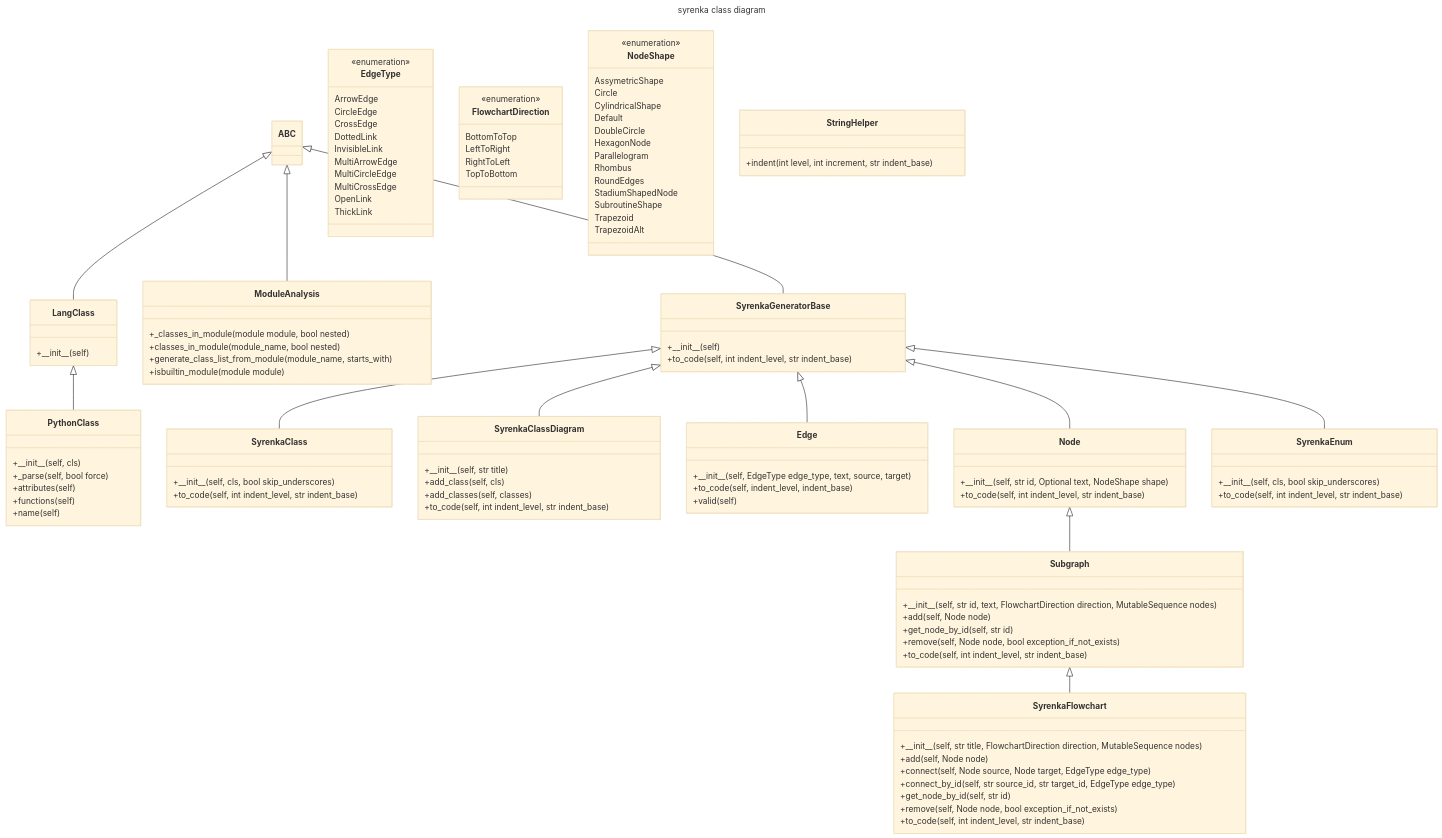
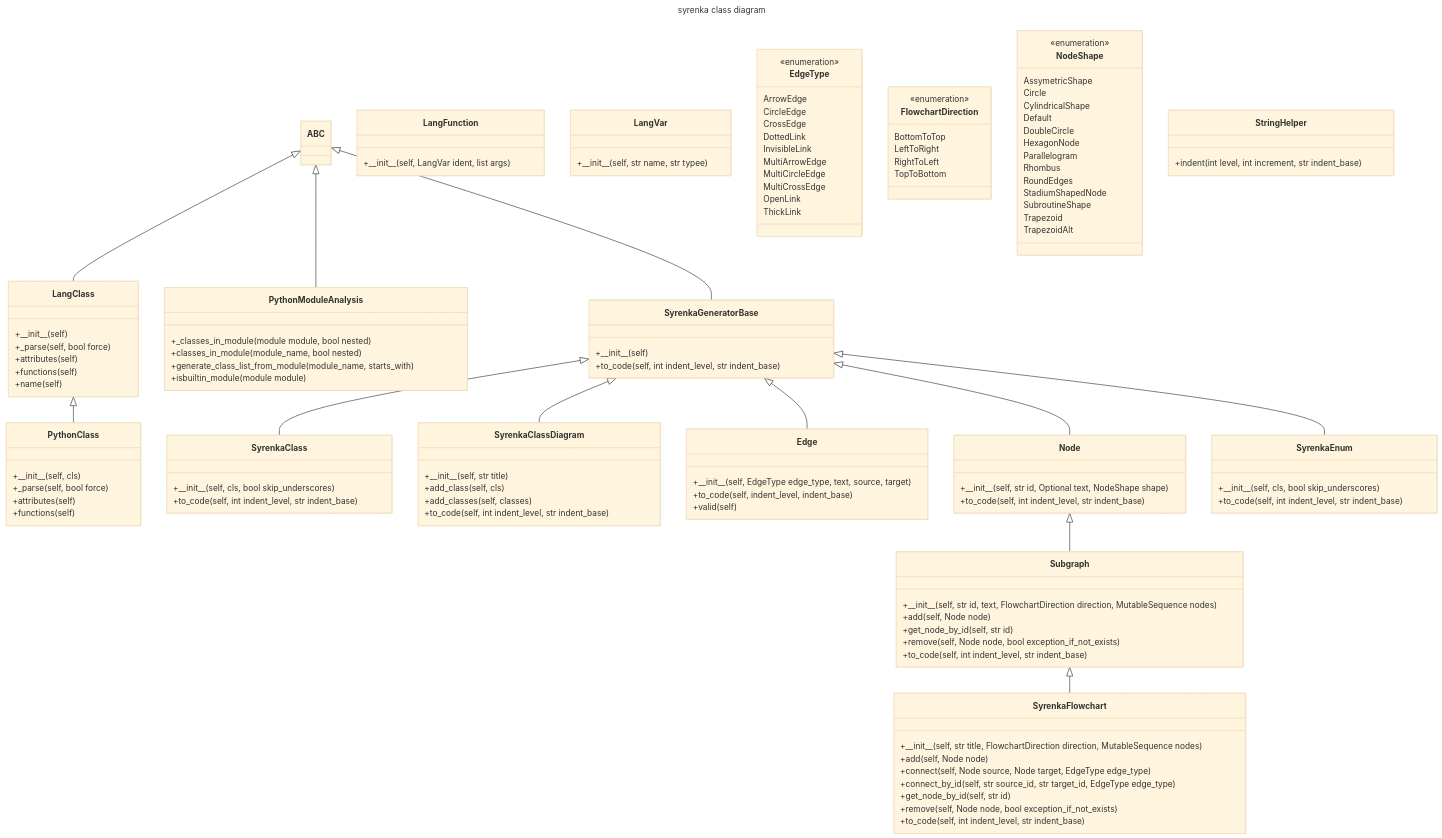
Before and after one commit to bartlomiejcieszkowski/syrenka: the diagram in README.md, drawn with Mermaid (base theme). The commit also changed other lines of this file, not shown here.

```diff
--- a/README.md
+++ b/README.md
@@ -43,23 +43,32 @@
     Subgraph <|-- SyrenkaFlowchart
     class LangClass{
         +\_\_init\_\_(self)
+        +_parse(self, bool force)
+        +attributes(self)
+        +functions(self)
+        +name(self)
     }
     ABC <|-- LangClass
-    class ModuleAnalysis{
+    class LangFunction{
+        +\_\_init\_\_(self, LangVar ident, list args)
+    }
+    class LangVar{
+        +\_\_init\_\_(self, str name, str typee)
+    }
+    class PythonClass{
+        +\_\_init\_\_(self, cls)
+        +_parse(self, bool force)
+        +attributes(self)
+        +functions(self)
+    }
+    LangClass <|-- PythonClass
+    class PythonModuleAnalysis{
         +_classes_in_module(module module, bool nested)
         +classes_in_module(module_name, bool nested)
         +generate_class_list_from_module(module_name, starts_with)
         +isbuiltin_module(module module)
     }
-    ABC <|-- ModuleAnalysis
-    class PythonClass{
-        +\_\_init\_\_(self, cls)
-        +_parse(self, bool force)
-        +attributes(self)
-        +functions(self)
-        +name(self)
-    }
-    LangClass <|-- PythonClass
+    ABC <|-- PythonModuleAnalysis
     class Edge{
         +\_\_init\_\_(self, EdgeType edge_type, text, source, target)
         +to_code(self, indent_level, indent_base)
```
